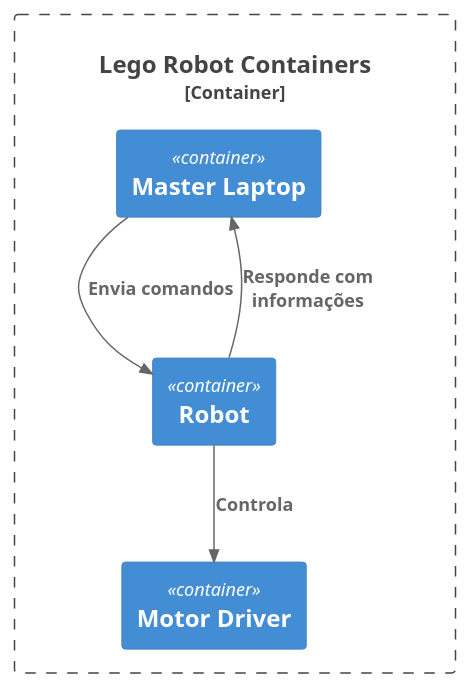
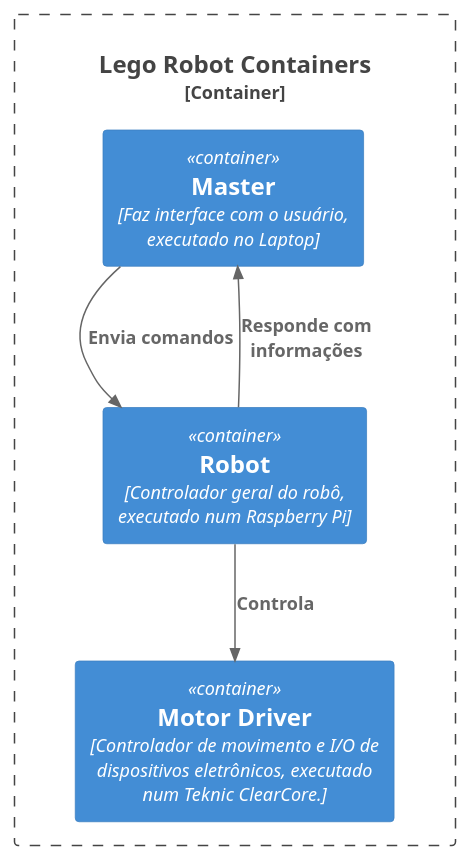
One commit to Populim/swarchitecure changed the diagram in container.puml. Above: the diagram before and after it, drawn with PlantUML. The commit also changed 3 other files, not shown here.

```diff
--- a/container.puml
+++ b/container.puml
@@ -1,16 +1,16 @@
 @startuml C4_Elements
 !include https://raw.githubusercontent.com/plantuml-stdlib/C4-PlantUML/master/C4_Container.puml
 
 Container_Boundary(robot_context,"Lego Robot Containers"){
         
-    Container(master1,"Master Laptop")
-    Container(robot1,"Robot")
-    Container(motordriver1,"Motor Driver")
+    Container(master1,"Master","Faz interface com o usuário, executado no Laptop")
+    Container(robot1,"Robot","Controlador geral do robô, executado num Raspberry Pi")
+    Container(motordriver1,"Motor Driver","Controlador de movimento e I/O de dispositivos eletrônicos, executado num Teknic ClearCore.")
 
     Rel(master1,robot1,"Envia comandos")
     Rel(robot1,master1,"Responde com informações")
     Rel(robot1,motordriver1,"Controla")
     
 }
 
 @enduml
```
